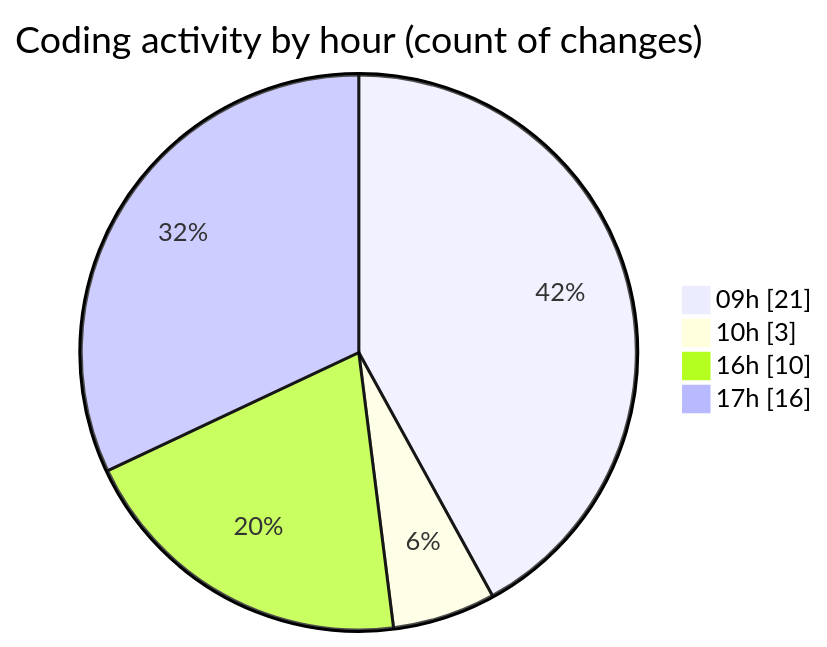
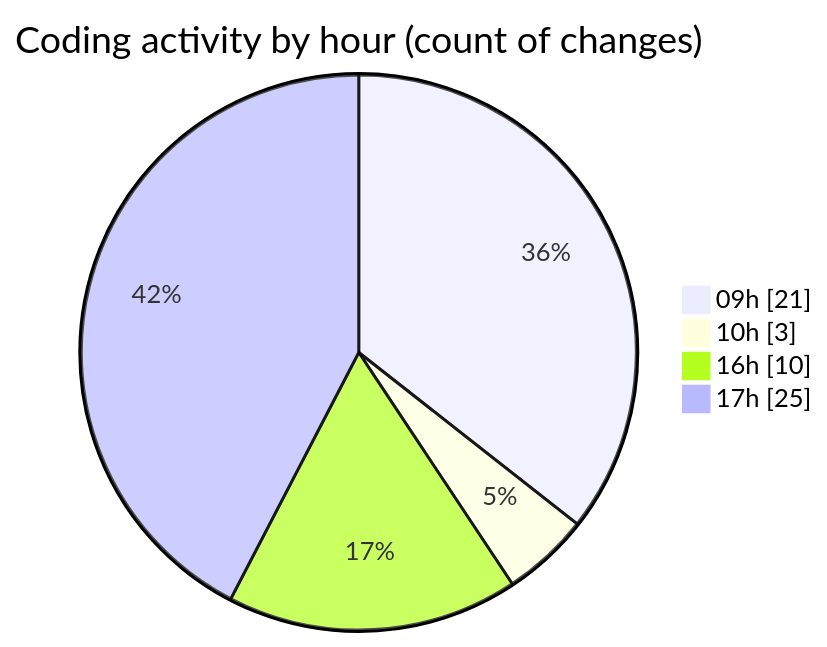
The second of 2 diagrams in 2025-12-17/cda/README.md (momahboobian/code-tracking), drawn with Mermaid before and after one commit. The commit also changed other lines of this file and 1 other file, not shown here.

````diff
--- a/2025-12-17/cda/README.md
+++ b/2025-12-17/cda/README.md
@@ -53,8 +56,8 @@
 ```mermaid
 pie showData
 title Coding activity by hour (count of changes)
 "09h" : 21
 "10h" : 3
 "16h" : 10
-"17h" : 16
+"17h" : 25
 ```
````
